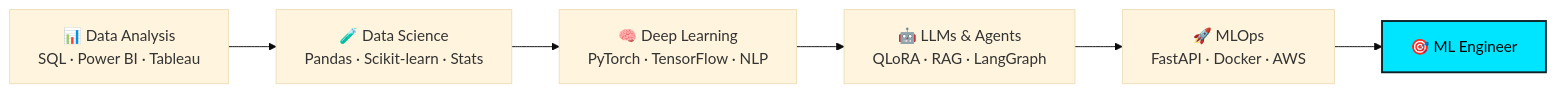
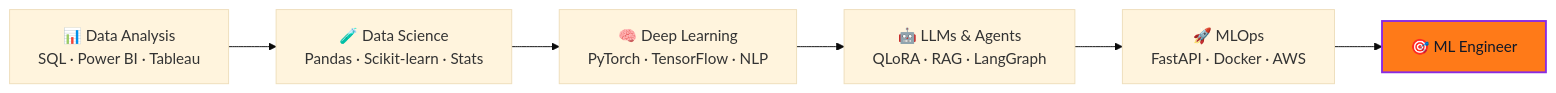
Before and after one commit to tayade-aniket/tayade-aniket: the diagram in ReadMe.md, drawn with Mermaid (base theme). The commit also changed other lines of this file, not shown here.

````diff
--- a/ReadMe.md
+++ b/ReadMe.md
@@ -247,9 +338,9 @@
-```mermaid
+``` mermaid
 flowchart LR
     A[📊 Data Analysis<br/>SQL · Power BI · Tableau] --> B[🧪 Data Science<br/>Pandas · Scikit-learn · Stats]
     B --> C[🧠 Deep Learning<br/>PyTorch · TensorFlow · NLP]
     C --> D[🤖 LLMs & Agents<br/>QLoRA · RAG · LangGraph]
     D --> E[🚀 MLOps<br/>FastAPI · Docker · AWS]
     E --> F[🎯 ML Engineer]
-    style F fill:#00E5FF,color:#000,stroke:#0F2027,stroke-width:2px
+    style F fill:#FF7A18,color:#111827,stroke:#8A2BE2,stroke-width:2px
 ```
````
